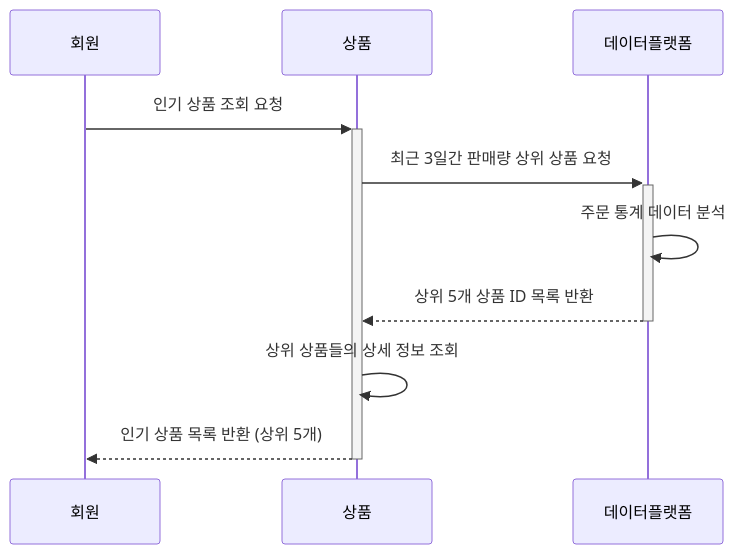
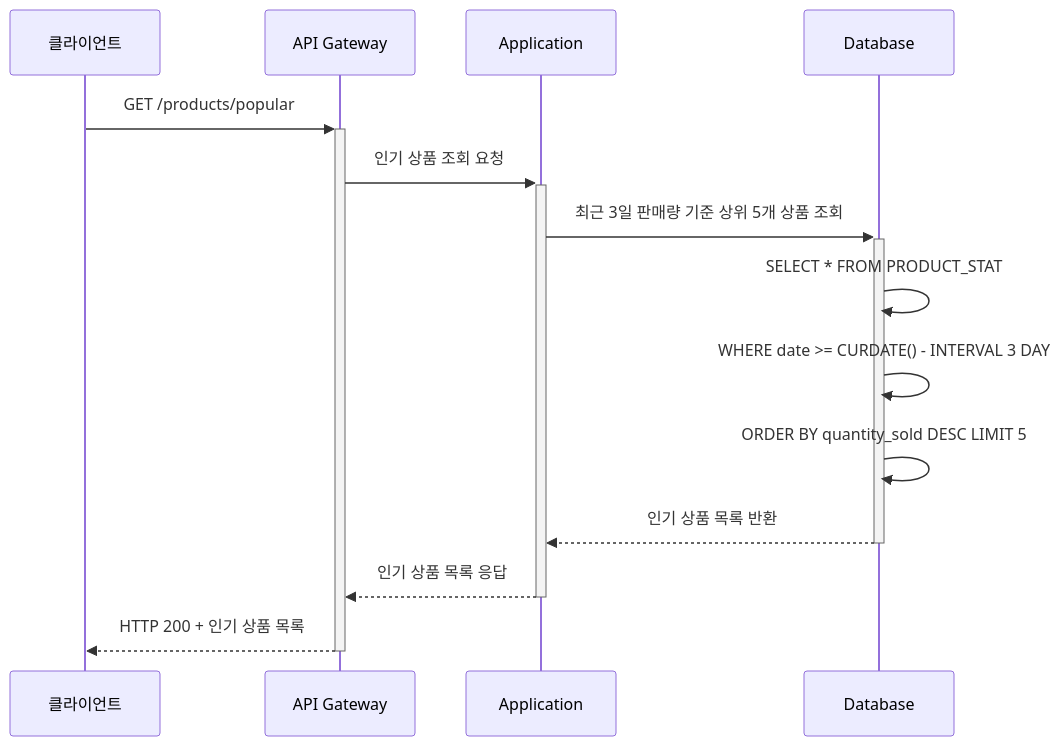
The sixth of 7 diagrams in docs/sequence_diagram.md (yuni02/hhplus-ecommerce), drawn with Mermaid before and after one commit. The commit also changed other lines of this file and 2 other files, not shown here.

First line of the commit message:
chore: erd에 상태값 추가하고 시퀀스 다이어그램을 기술적 계층 단위별로 분리하는 방식으로 변경

````diff
--- a/docs/sequence_diagram.md
+++ b/docs/sequence_diagram.md
@@ -160,13 +173,19 @@
 ```mermaid
 sequenceDiagram
-    participant User as 회원
-    participant Product as 상품
-    participant DataPlatform as 데이터플랫폼
-
-    User->>+Product: 인기 상품 조회 요청
-    Product->>+DataPlatform: 최근 3일간 판매량 상위 상품 요청
-    DataPlatform->>DataPlatform: 주문 통계 데이터 분석
-    DataPlatform-->>-Product: 상위 5개 상품 ID 목록 반환
-    Product->>Product: 상위 상품들의 상세 정보 조회
-    Product-->>-User: 인기 상품 목록 반환 (상위 5개)
+    participant Client as 클라이언트
+    participant API as API Gateway
+    participant App as Application
+    participant DB as Database
+    
+    Client->>+API: GET /products/popular
+    API->>+App: 인기 상품 조회 요청
+    
+    App->>+DB: 최근 3일 판매량 기준 상위 5개 상품 조회
+    DB->>DB: SELECT * FROM PRODUCT_STAT
+    DB->>DB: WHERE date >= CURDATE() - INTERVAL 3 DAY
+    DB->>DB: ORDER BY quantity_sold DESC LIMIT 5
+    DB-->>-App: 인기 상품 목록 반환
+    
+    App-->>-API: 인기 상품 목록 응답
+    API-->>-Client: HTTP 200 + 인기 상품 목록
 ```
````
